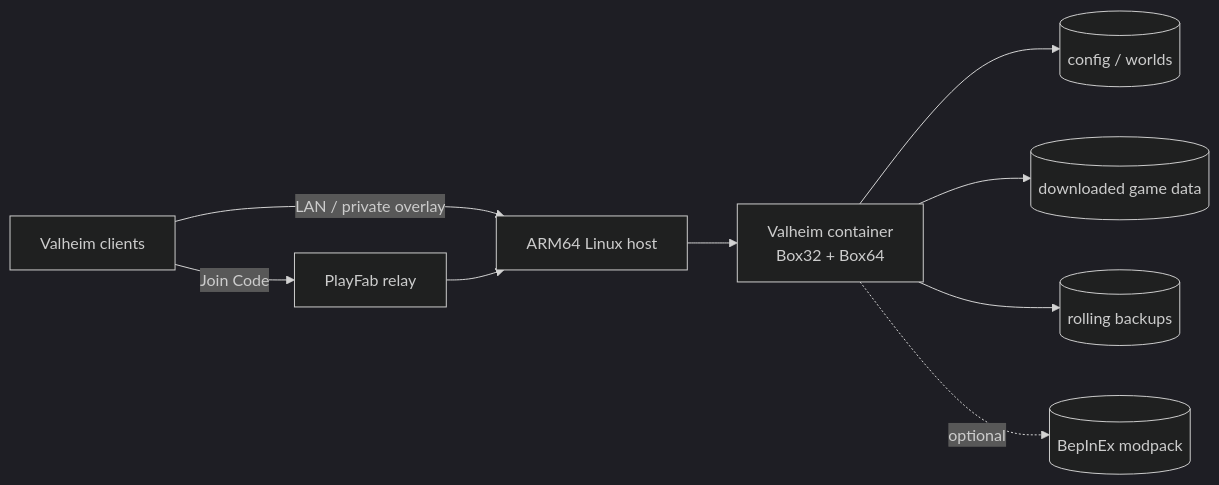
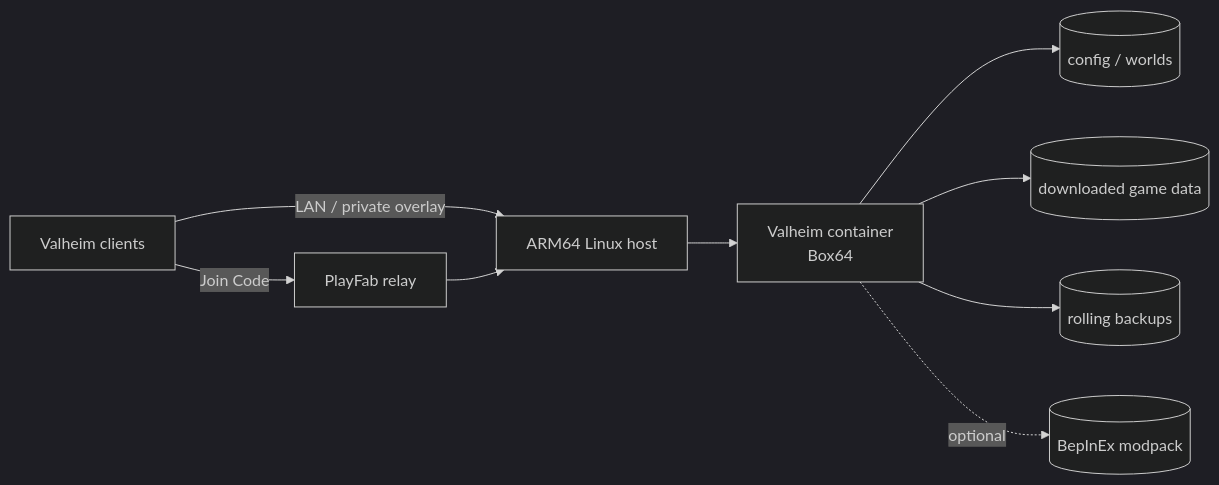
Before and after one commit to AlexZha-dev/valheim-arm64-dedicated-server: the diagram in README.md, drawn with Mermaid (dark theme). The commit also changed other lines of this file and 2 other files, not shown here.

Commit message:
docs: document Box64 SteamCMD path

````diff
--- a/README.md
+++ b/README.md
@@ -82,11 +84,11 @@
 ```mermaid
 flowchart LR
     C[Valheim clients] -->|Join Code| P[PlayFab relay]
     C -->|LAN / private overlay| H[ARM64 Linux host]
     P --> H
-    H --> V[Valheim container<br/>Box32 + Box64]
+    H --> V[Valheim container<br/>Box64]
     V --> W[(config / worlds)]
     V --> D[(downloaded game data)]
     V --> B[(rolling backups)]
     V -. optional .-> M[(BepInEx modpack)]
 ```
````
